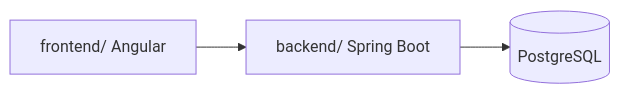
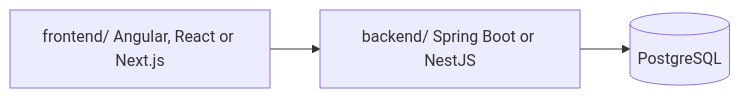
The diagram in templates/arc42/05-building-block-view.md (mremolt/project-quality-baseline), drawn with Mermaid before and after one commit. The commit also changed 434 other files, not shown here.

First line of the commit message:
Apply review round 3 for the NestJS, React and Next.js stacks

````diff
--- a/templates/arc42/05-building-block-view.md
+++ b/templates/arc42/05-building-block-view.md
@@ -9,5 +9,5 @@
 ```mermaid
 flowchart LR
-  frontend[frontend/ Angular] --> backend[backend/ Spring Boot]
+  frontend[frontend/ Angular, React or Next.js] --> backend[backend/ Spring Boot or NestJS]
   backend --> db[(PostgreSQL)]
 ```
````
